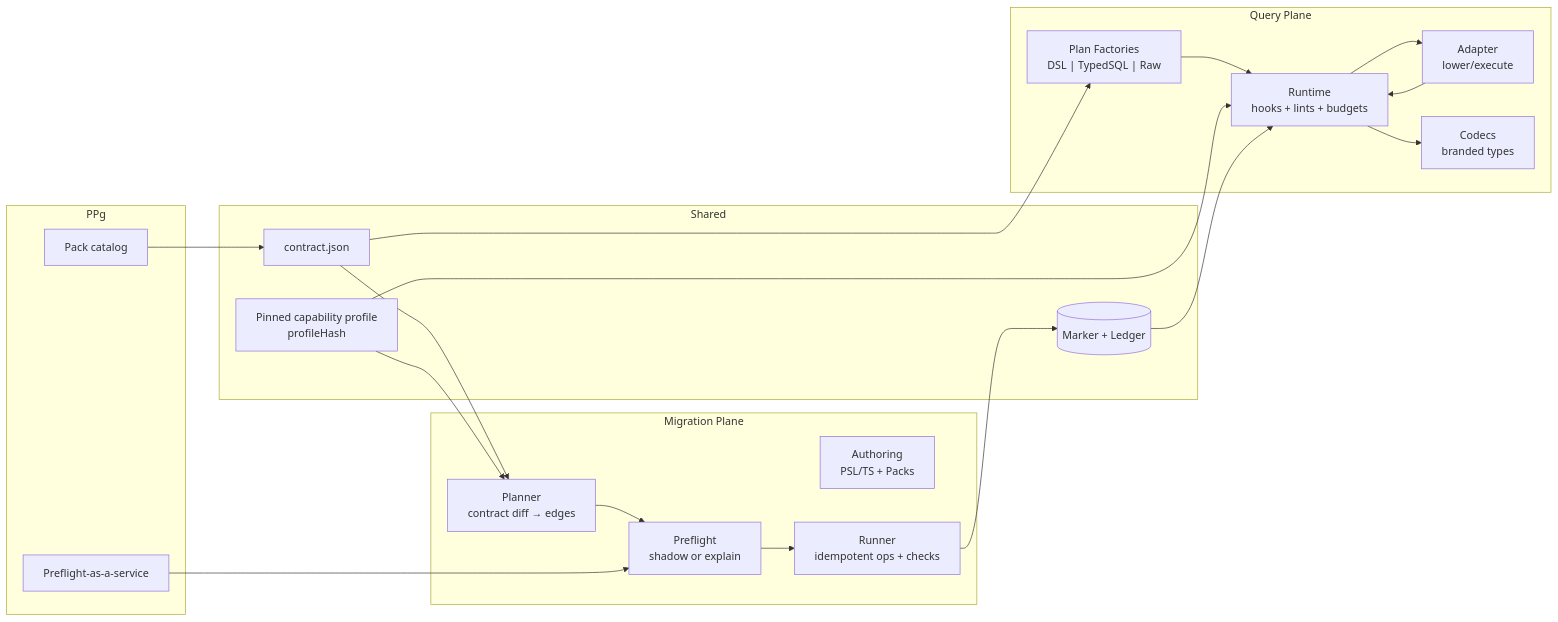
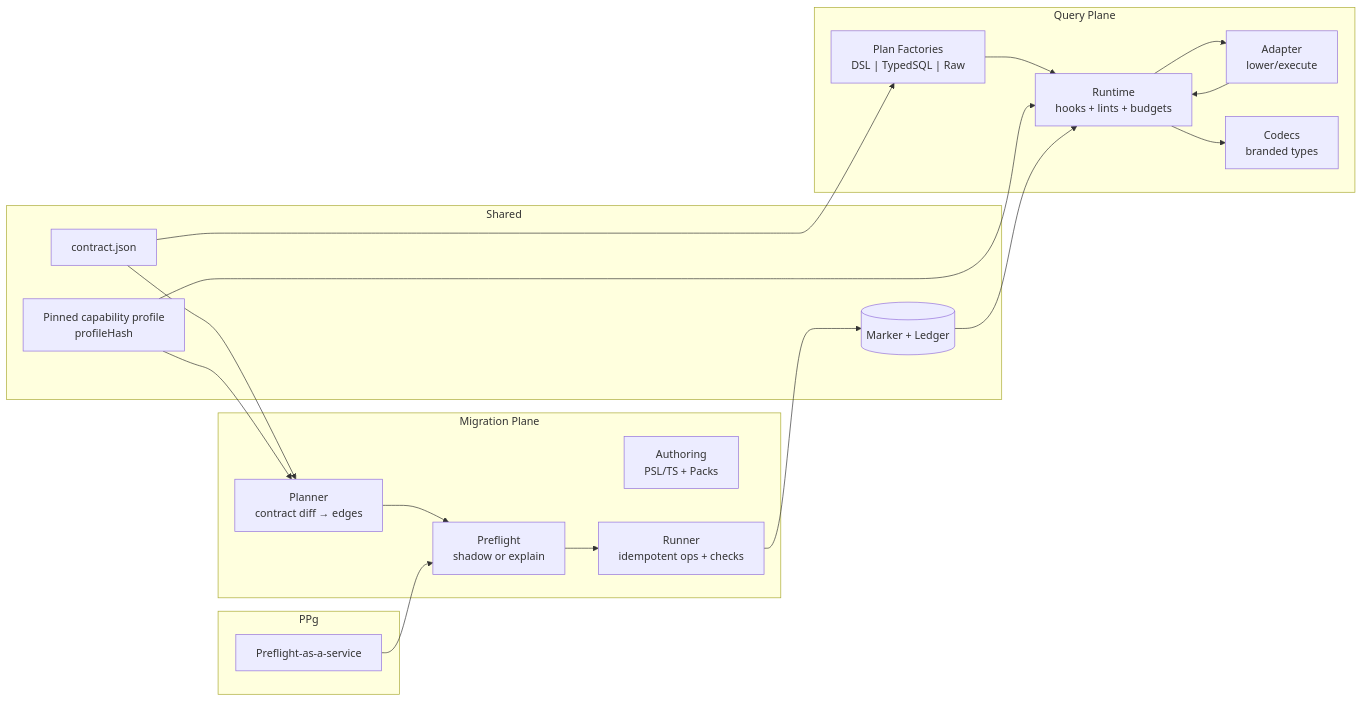
One commit to prisma/prisma-next changed the first of 4 diagrams in docs/Architecture Overview.md. Above: the diagram before and after it, drawn with Mermaid. The commit also changed other lines of this file, not shown here.

````diff
--- a/docs/Architecture Overview.md
+++ b/docs/Architecture Overview.md
@@ -52,51 +52,49 @@
 ```mermaid
 flowchart LR
   subgraph Shared
     C[contract.json]
     Prof[Pinned capability profile
     profileHash]
     Mk[(Marker + Ledger)]
   end
 
   subgraph "Migration Plane"
     Auth[Authoring
     PSL/TS + Packs]
     Plan[Planner
     contract diff → edges]
     Pf[Preflight
     shadow or explain]
     Run[Runner
     idempotent ops + checks]
   end
 
   subgraph "Query Plane"
     QF["Plan Factories
     DSL | TypedSQL | Raw"]
     RT[Runtime
     hooks + lints + budgets]
     Adp[Adapter
     lower/execute]
     Cd[Codecs
     branded types]
   end
 
   subgraph PPg
     Svc[Preflight-as-a-service]
-    Cat[Pack catalog]
   end
 
   C --> Plan
   C --> QF
   Plan --> Pf
   Pf --> Run
   Run --> Mk
   QF --> RT
   RT --> Adp
   Adp --> RT
   RT --> Cd
   Prof --> RT
   Prof --> Plan
   Mk --> RT
   Svc --> Pf
-  Cat --> C
 ```
````
